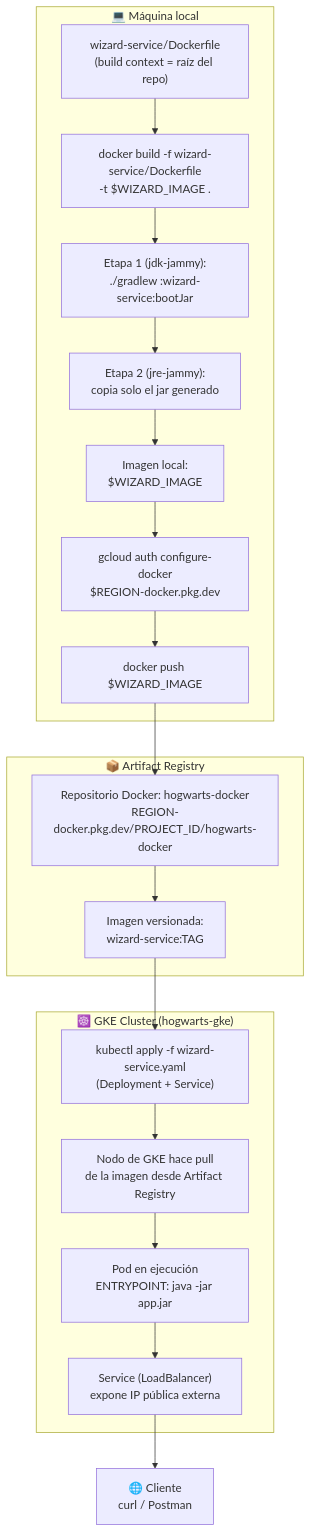
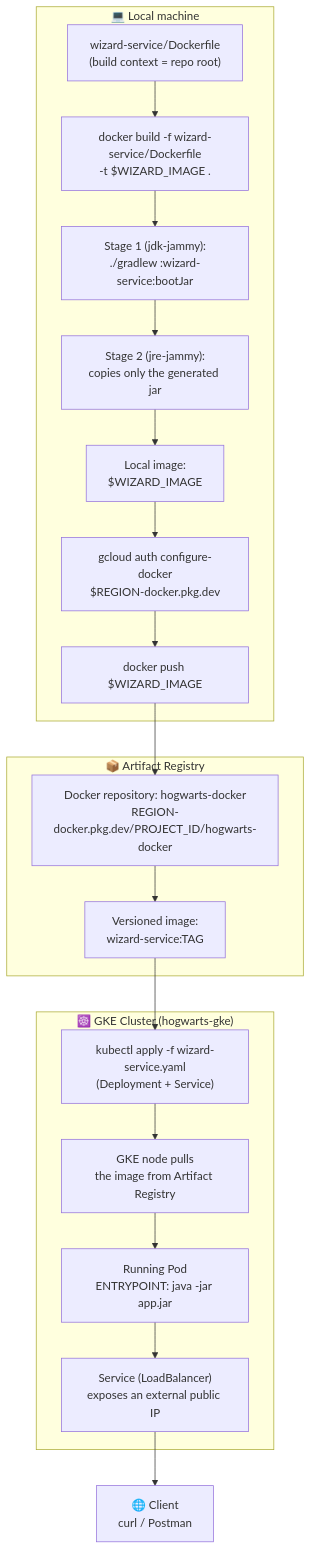
Before and after one commit to aabse/hogwarts-backend: the diagram in GKE_GCP_DEPLOYMENT/12_flow_diagram_dockerfile_artifact_registry_gke.md, drawn with Mermaid. The commit also changed other lines of this file and 14 other files, not shown here.

````diff
--- a/GKE_GCP_DEPLOYMENT/12_flow_diagram_dockerfile_artifact_registry_gke.md
+++ b/GKE_GCP_DEPLOYMENT/12_flow_diagram_dockerfile_artifact_registry_gke.md
@@ -21,34 +21,34 @@
 ```mermaid
 flowchart TD
-    subgraph LOCAL["💻 Máquina local"]
-        A["wizard-service/Dockerfile<br/>(build context = raíz del repo)"]
+    subgraph LOCAL["💻 Local machine"]
+        A["wizard-service/Dockerfile<br/>(build context = repo root)"]
         B["docker build -f wizard-service/Dockerfile<br/>-t $WIZARD_IMAGE ."]
-        C["Etapa 1 (jdk-jammy):<br/>./gradlew :wizard-service:bootJar"]
-        D["Etapa 2 (jre-jammy):<br/>copia solo el jar generado"]
-        E["Imagen local:<br/>$WIZARD_IMAGE"]
+        C["Stage 1 (jdk-jammy):<br/>./gradlew :wizard-service:bootJar"]
+        D["Stage 2 (jre-jammy):<br/>copies only the generated jar"]
+        E["Local image:<br/>$WIZARD_IMAGE"]
         F["gcloud auth configure-docker<br/>$REGION-docker.pkg.dev"]
         G["docker push $WIZARD_IMAGE"]
     end
 
     subgraph AR["📦 Artifact Registry"]
-        H["Repositorio Docker: hogwarts-docker<br/>REGION-docker.pkg.dev/PROJECT_ID/hogwarts-docker"]
-        I["Imagen versionada:<br/>wizard-service:TAG"]
+        H["Docker repository: hogwarts-docker<br/>REGION-docker.pkg.dev/PROJECT_ID/hogwarts-docker"]
+        I["Versioned image:<br/>wizard-service:TAG"]
     end
 
     subgraph GKE["☸️ GKE Cluster (hogwarts-gke)"]
         J["kubectl apply -f wizard-service.yaml<br/>(Deployment + Service)"]
-        K["Nodo de GKE hace pull<br/>de la imagen desde Artifact Registry"]
-        L["Pod en ejecución<br/>ENTRYPOINT: java -jar app.jar"]
-        M["Service (LoadBalancer)<br/>expone IP pública externa"]
+        K["GKE node pulls<br/>the image from Artifact Registry"]
+        L["Running Pod<br/>ENTRYPOINT: java -jar app.jar"]
+        M["Service (LoadBalancer)<br/>exposes an external public IP"]
     end
 
-    N["🌐 Cliente<br/>curl / Postman"]
+    N["🌐 Client<br/>curl / Postman"]
 
     A --> B --> C --> D --> E
     E --> F --> G
     G --> H
     H --> I
     I --> J
     J --> K --> L --> M
     M --> N
 ```
````
